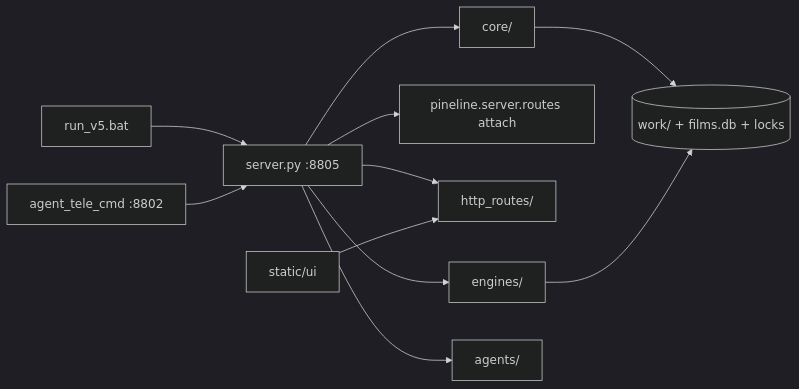
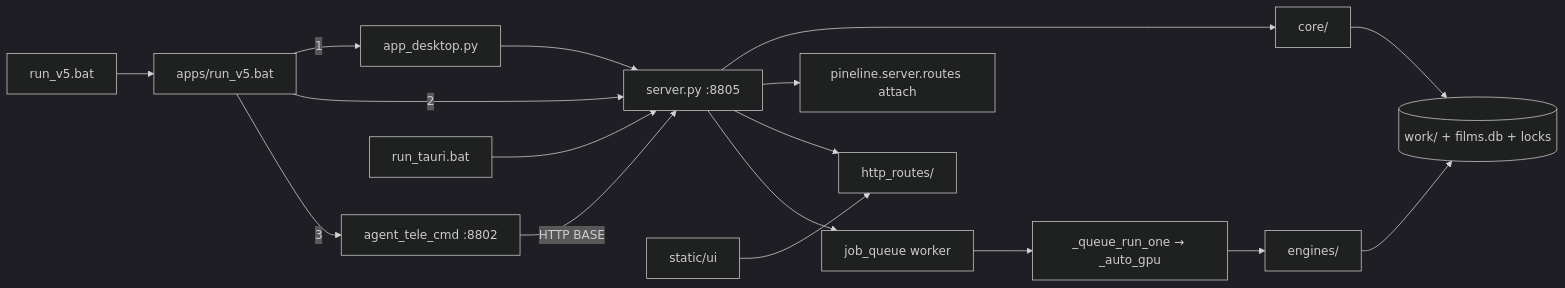
One commit to kjza178/PinelineV5 changed the first of 2 diagrams in docs/reviews/2026-11-06-v5-part-atoms.md. Above: the diagram before and after it, drawn with Mermaid (dark theme). The commit also changed other lines of this file and 8 other files, not shown here.

````diff
--- a/docs/reviews/2026-11-06-v5-part-atoms.md
+++ b/docs/reviews/2026-11-06-v5-part-atoms.md
@@ -8,14 +9,19 @@
 ```mermaid
 flowchart LR
-  BAT[run_v5.bat] --> SRV[server.py :8805]
+  BAT[run_v5.bat] --> MENU[apps/run_v5.bat]
+  MENU -->|1| DESK[app_desktop.py]
+  MENU -->|2| SRV[server.py :8805]
+  MENU -->|3| TELE[agent_tele_cmd :8802]
+  DESK --> SRV
+  TAURI[run_tauri.bat] --> SRV
   SRV --> CORE[core/]
   SRV --> ATT[pineline.server.routes attach]
   SRV --> HR[http_routes/]
-  SRV --> ENG[engines/]
-  SRV --> AG[agents/]
+  SRV --> QW[job_queue worker]
+  QW --> PIPE[_queue_run_one → _auto_gpu]
+  PIPE --> ENG[engines/]
   UI[static/ui] --> HR
-  TELE[agent_tele_cmd :8802] --> SRV
-  DATA[(work/ + films.db + locks)]
+  TELE -->|HTTP BASE| SRV
+  ENG --> DATA[(work/ + films.db + locks)]
   CORE --> DATA
-  ENG --> DATA
 ```
````
